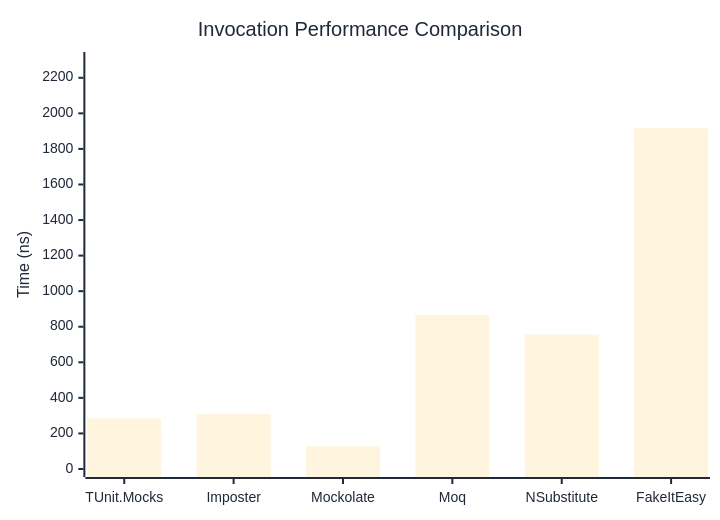
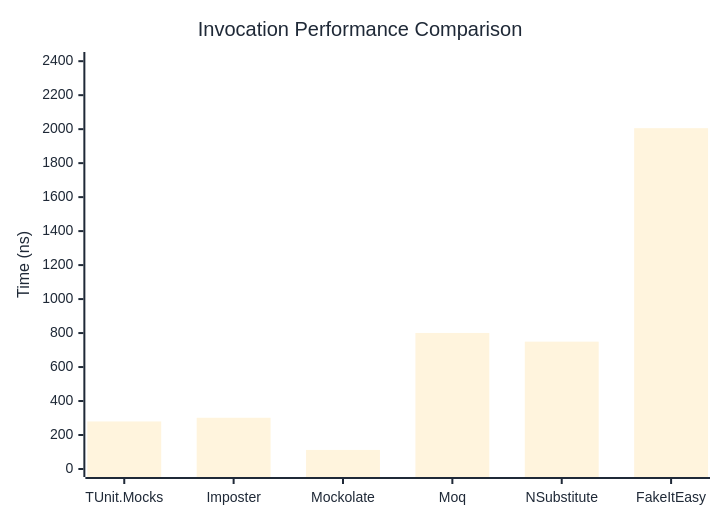
Before and after one commit to thomhurst/TUnit: the first of 3 diagrams in docs/docs/benchmarks/mocks/Invocation.md, drawn with Mermaid. The commit also changed other lines of this file and 14 other files, not shown here.

````diff
--- a/docs/docs/benchmarks/mocks/Invocation.md
+++ b/docs/docs/benchmarks/mocks/Invocation.md
@@ -30,27 +30,27 @@
 ```mermaid
 %%{init: {
   'theme':'base',
   'themeVariables': {
     'primaryColor': '#2563eb',
     'primaryTextColor': '#1f2937',
     'primaryBorderColor': '#1e40af',
     'lineColor': '#6b7280',
     'secondaryColor': '#7c3aed',
     'tertiaryColor': '#dc2626',
     'background': '#ffffff',
     'pie1': '#2563eb',
     'pie2': '#7c3aed',
     'pie3': '#dc2626',
     'pie4': '#f59e0b',
     'pie5': '#10b981',
     'pie6': '#06b6d4',
     'pie7': '#ec4899',
     'pie8': '#6366f1'
   }
 }}%%
 xychart-beta
   title "Invocation Performance Comparison"
   x-axis ["TUnit.Mocks", "Imposter", "Mockolate", "Moq", "NSubstitute", "FakeItEasy"]
-  y-axis "Time (ns)" 0 --> 2300
-  bar [284.1, 309.7, 127.4, 867.2, 756.1, 1916]
+  y-axis "Time (ns)" 0 --> 2407
+  bar [279.9, 301.5, 112.2, 800.6, 749.5, 2005.8]
 ```
````
